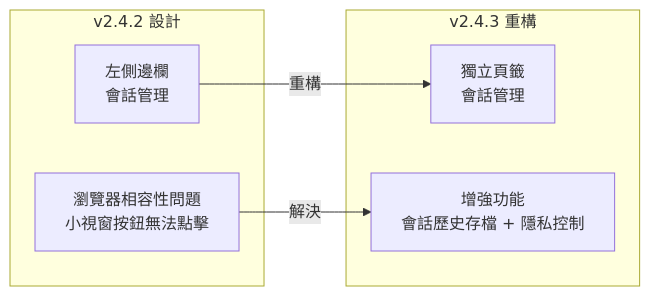
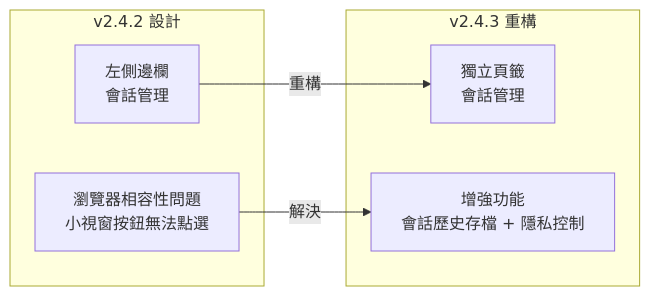
The fifth of 8 diagrams in docs/architecture/system-overview.md (CloudEngineHub/mcp-feedback-enhanced), drawn with Mermaid before and after one commit. The commit also changed other lines of this file, not shown here.

````diff
--- a/docs/architecture/system-overview.md
+++ b/docs/architecture/system-overview.md
@@ -409,15 +409,15 @@
 ```mermaid
 graph LR
     subgraph "v2.4.2 設計"
         SIDEBAR[左側邊欄<br/>會話管理]
-        COMPAT[瀏覽器相容性問題<br/>小視窗按鈕無法點擊]
+        COMPAT[瀏覽器相容性問題<br/>小視窗按鈕無法點選]
     end
 
     subgraph "v2.4.3 重構"
         TAB[獨立頁籤<br/>會話管理]
         ENHANCED[增強功能<br/>會話歷史存檔 + 隱私控制]
     end
 
     SIDEBAR -->|重構| TAB
     COMPAT -->|解決| ENHANCED
 ```
````
